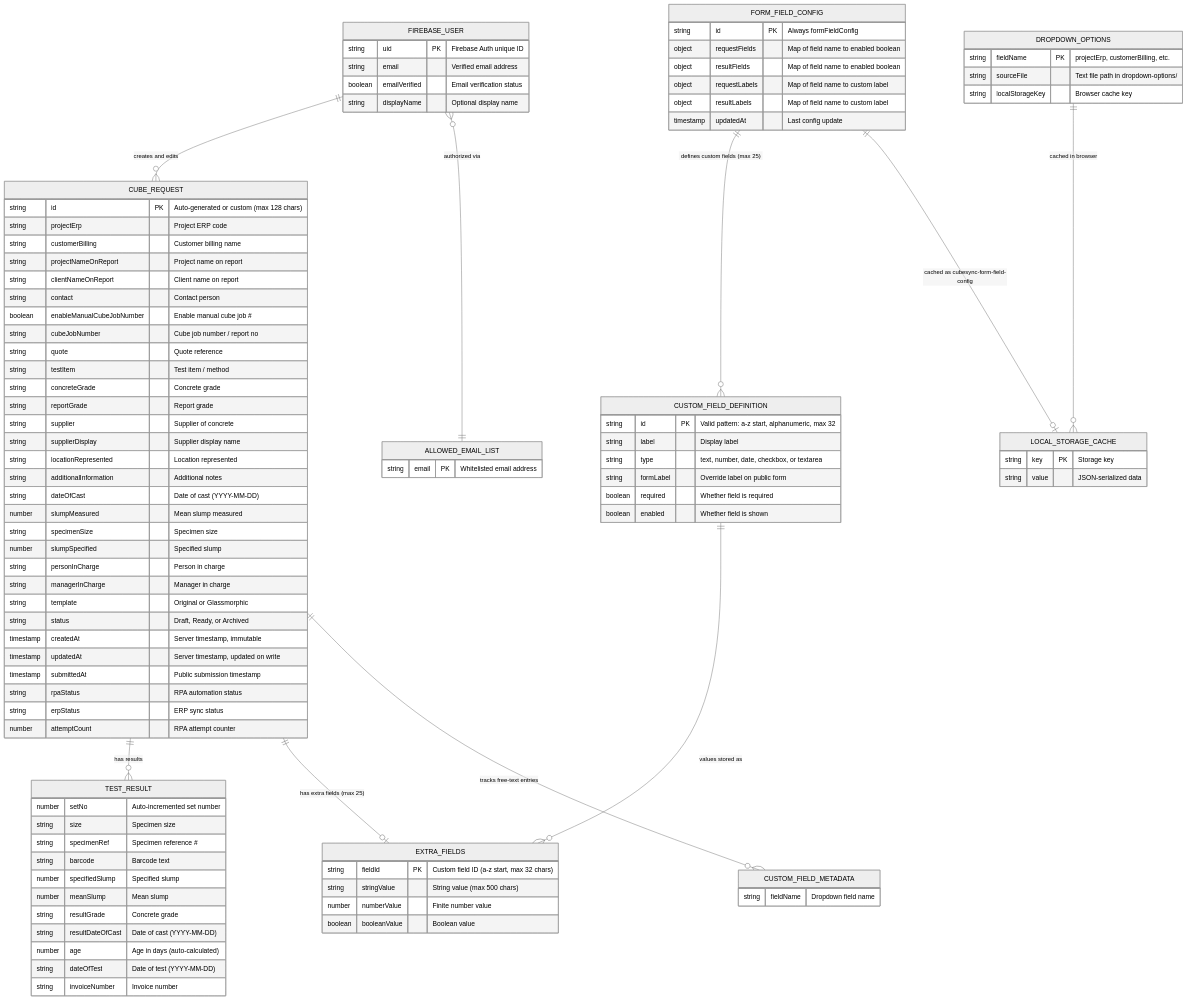
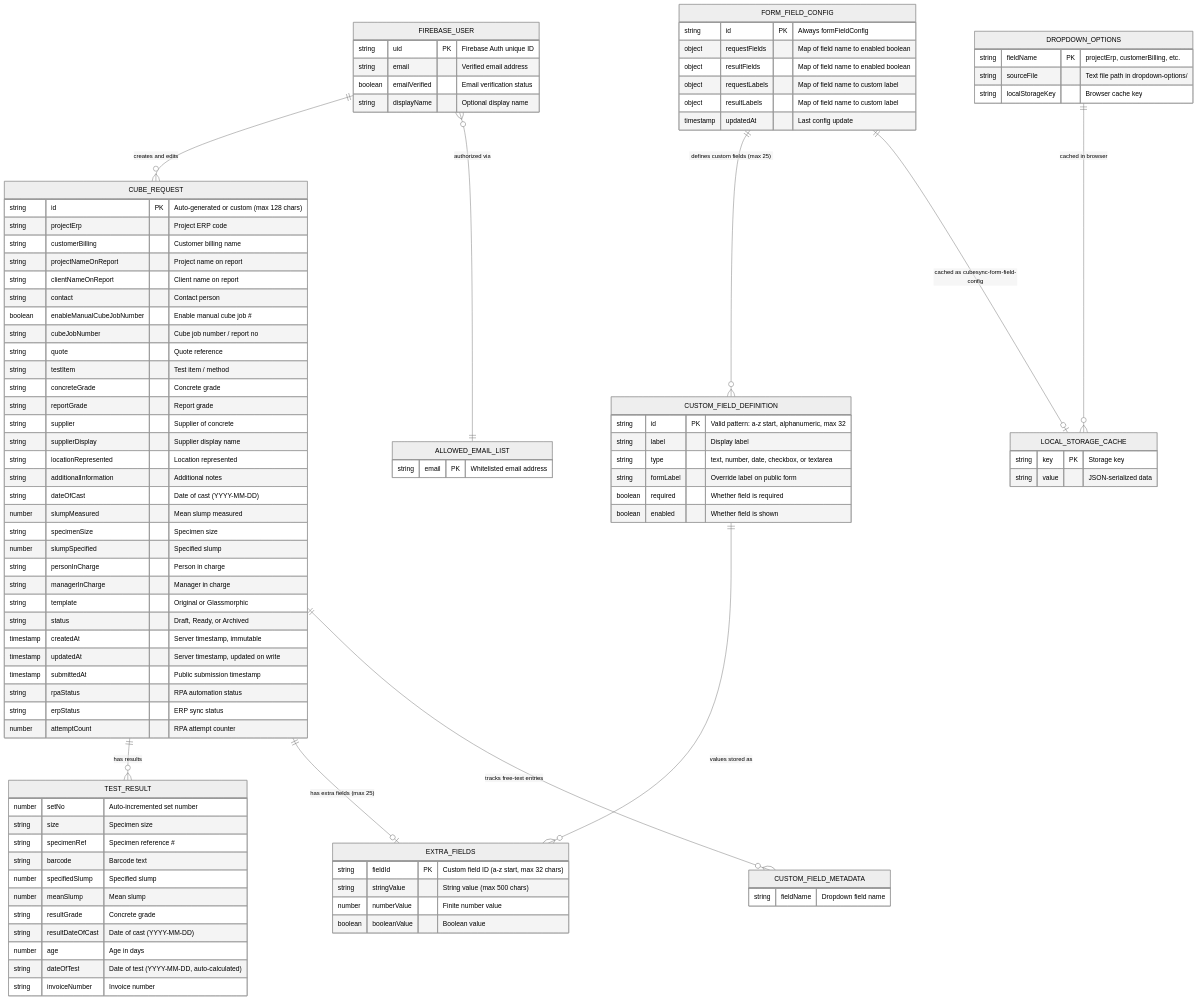
Before and after one commit to Yanguangchen/CubeSync: the diagram in er-diagram.md, drawn with Mermaid (neutral theme). The commit also changed other lines of this file and 10 other files, not shown here.

First line of the commit message:
Derive result date of test from cast date plus age in days.

```diff
--- a/er-diagram.md
+++ b/er-diagram.md
@@ -44,8 +44,8 @@
         number meanSlump "Mean slump"
         string resultGrade "Concrete grade"
         string resultDateOfCast "Date of cast (YYYY-MM-DD)"
-        number age "Age in days (auto-calculated)"
-        string dateOfTest "Date of test (YYYY-MM-DD)"
+        number age "Age in days"
+        string dateOfTest "Date of test (YYYY-MM-DD, auto-calculated)"
         string invoiceNumber "Invoice number"
     }
 
```
